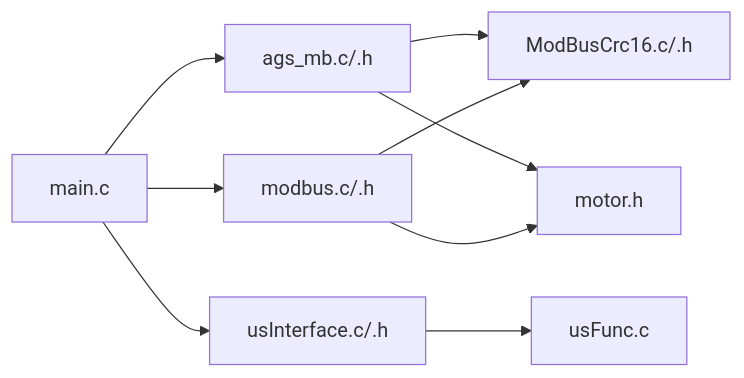
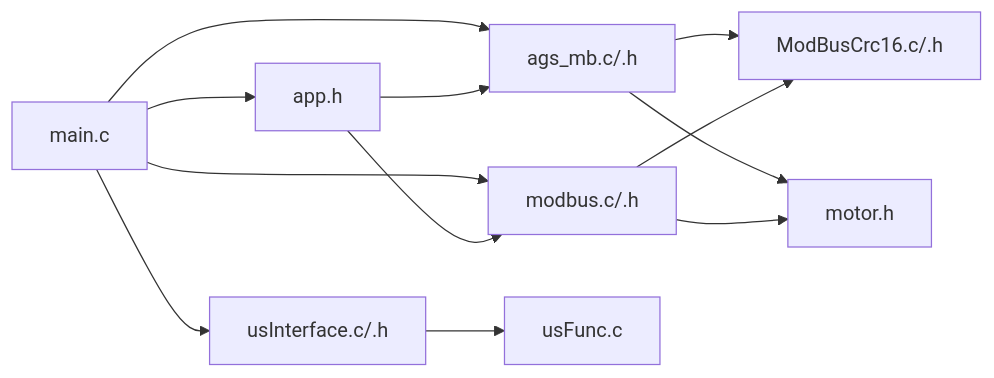
Before and after one commit to zym787/general-switcher: the sixth of 6 diagrams in .qoder/repowiki/zh/content/通信协议栈/AGS协议详解.md, drawn with Mermaid. The commit also changed other lines of this file and 5 other files, not shown here.

````diff
--- a/.qoder/repowiki/zh/content/通信协议栈/AGS协议详解.md
+++ b/.qoder/repowiki/zh/content/通信协议栈/AGS协议详解.md
@@ -278,11 +346,14 @@
 ```mermaid
 graph LR
 MAIN["main.c"] --> AGS["ags_mb.c/.h"]
 MAIN --> MB["modbus.c/.h"]
 AGS --> CRC["ModBusCrc16.c/.h"]
 MB --> CRC
 MAIN --> USI["usInterface.c/.h"]
 USI --> USF["usFunc.c"]
 AGS --> MTR["motor.h"]
 MB --> MTR
+MAIN --> APP_H["app.h"]
+APP_H --> AGS
+APP_H --> MB
 ```
````
